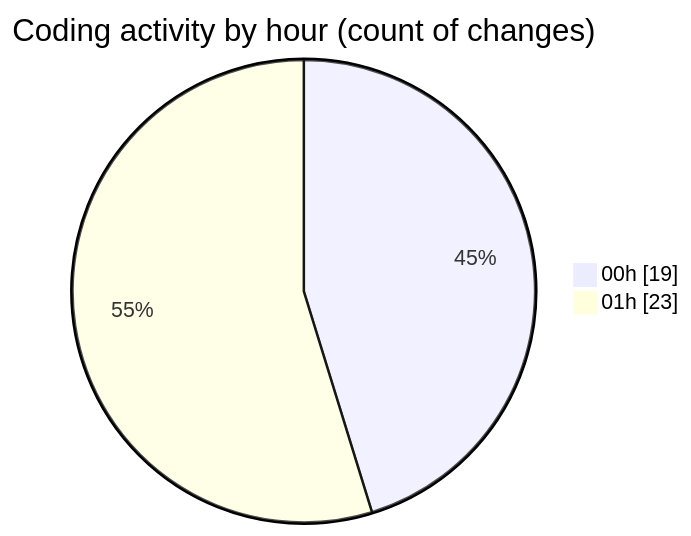
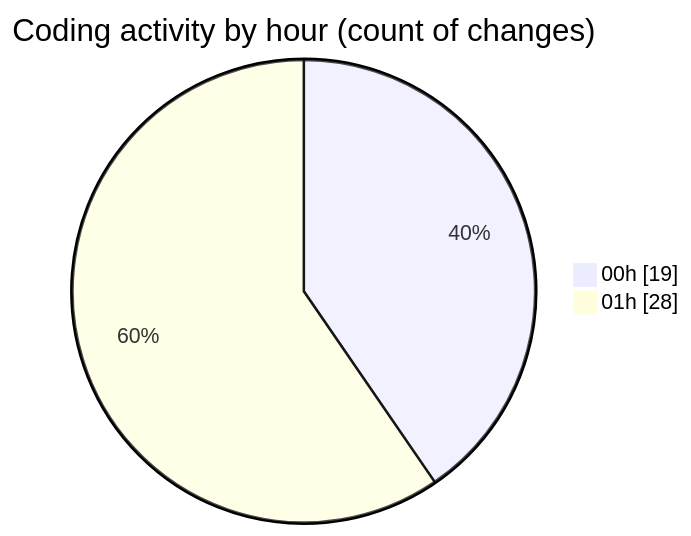
The second of 2 diagrams in 2025-02-23/pdf-analysis-app/README.md (momahboobian/code-tracking), drawn with Mermaid before and after one commit. The commit also changed other lines of this file and 1 other file, not shown here.

````diff
--- a/2025-02-23/pdf-analysis-app/README.md
+++ b/2025-02-23/pdf-analysis-app/README.md
@@ -39,6 +39,6 @@
 ```mermaid
 pie showData
 title Coding activity by hour (count of changes)
 "00h" : 19
-"01h" : 23
+"01h" : 28
 ```
````
